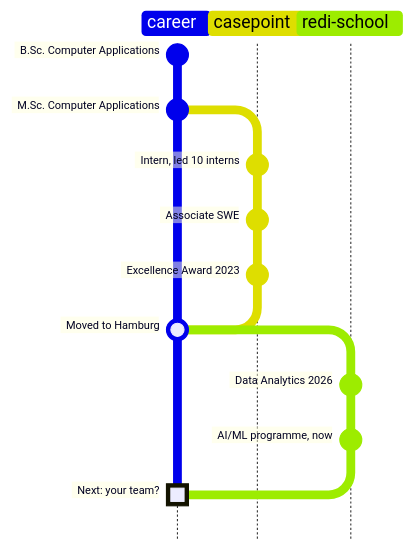
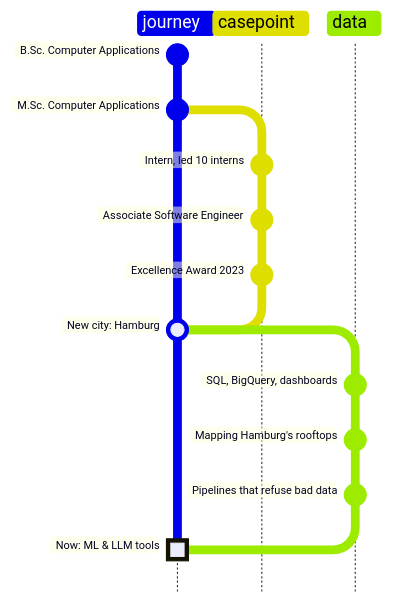
The diagram in README.md (Dhru1999/Dhru1999), drawn with Mermaid before and after one commit. The commit also changed other lines of this file, not shown here.

First line of the commit message:
Profile as a portfolio and learning journey (#2)

````diff
--- a/README.md
+++ b/README.md
@@ -56,17 +24,18 @@
 ```mermaid
-%%{init: {'gitGraph': {'mainBranchName': 'career', 'rotateCommitLabel': false}}}%%
+%%{init: {'gitGraph': {'mainBranchName': 'journey', 'rotateCommitLabel': false}}}%%
 gitGraph TB:
   commit id: "B.Sc. Computer Applications"
   commit id: "M.Sc. Computer Applications"
   branch casepoint
   commit id: "Intern, led 10 interns"
-  commit id: "Associate SWE"
+  commit id: "Associate Software Engineer"
   commit id: "Excellence Award 2023"
-  checkout career
-  merge casepoint id: "Moved to Hamburg"
-  branch redi-school
-  commit id: "Data Analytics 2026"
-  commit id: "AI/ML programme, now"
-  checkout career
-  merge redi-school id: "Next: your team?" type: HIGHLIGHT
+  checkout journey
+  merge casepoint id: "New city: Hamburg"
+  branch data
+  commit id: "SQL, BigQuery, dashboards"
+  commit id: "Mapping Hamburg's rooftops"
+  commit id: "Pipelines that refuse bad data"
+  checkout journey
+  merge data id: "Now: ML & LLM tools" type: HIGHLIGHT
 ```
````
